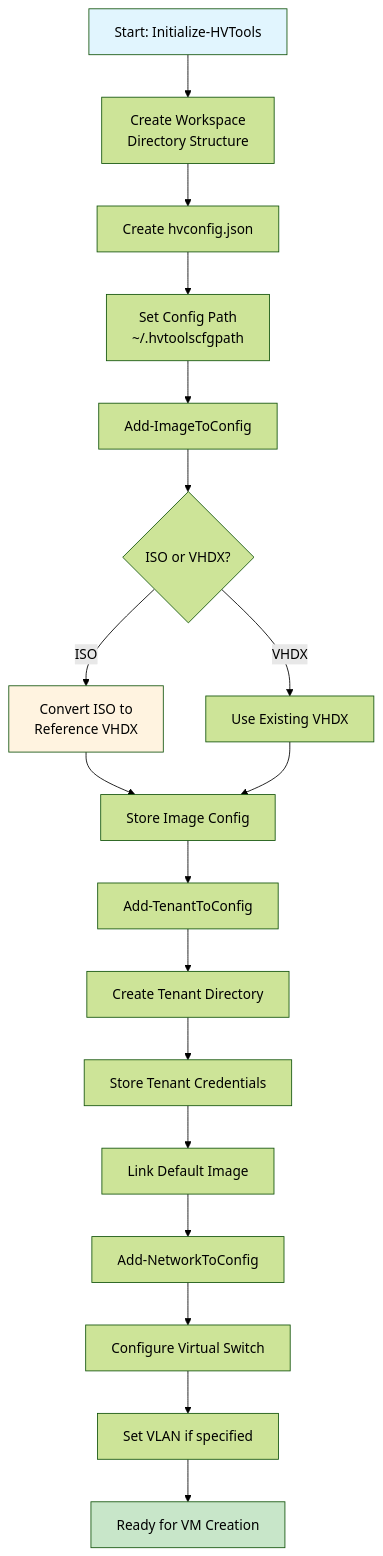
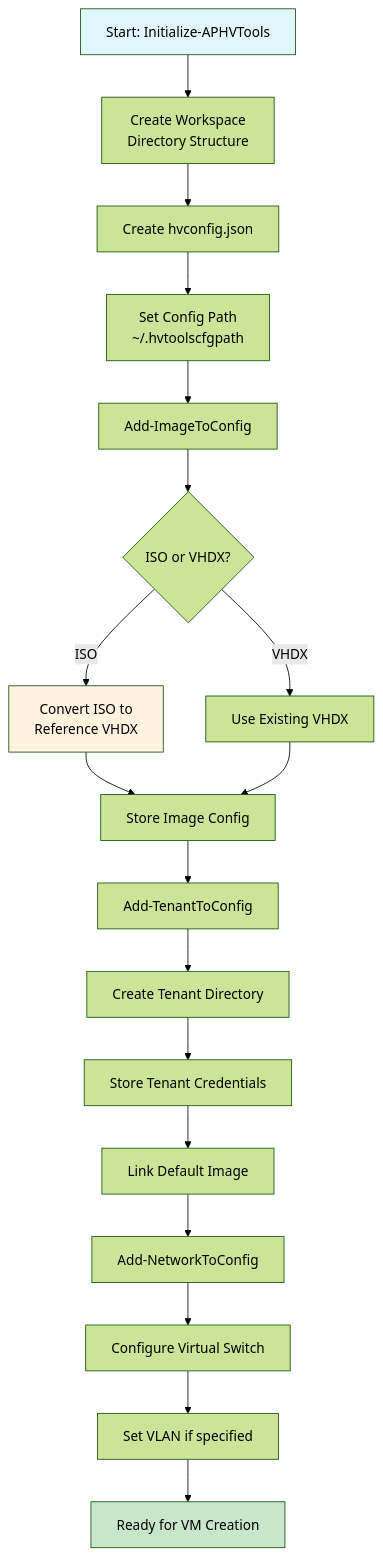
One commit to adamgell/APHVTools changed the third of 4 diagrams in README.md. Above: the diagram before and after it, drawn with Mermaid (forest theme). The commit also changed other lines of this file and 7 other files, not shown here.

````diff
--- a/README.md
+++ b/README.md
@@ -104,28 +104,28 @@
 ```mermaid
 flowchart TD
-    A[Start: Initialize-HVTools] --> B[Create Workspace<br/>Directory Structure]
+    A[Start: Initialize-APHVTools] --> B[Create Workspace<br/>Directory Structure]
     B --> C[Create hvconfig.json]
     C --> D[Set Config Path<br/>~/.hvtoolscfgpath]
-    
+
     D --> E[Add-ImageToConfig]
     E --> F{ISO or VHDX?}
     F -->|ISO| G[Convert ISO to<br/>Reference VHDX]
     F -->|VHDX| H[Use Existing VHDX]
     G --> I[Store Image Config]
     H --> I
-    
+
     I --> J[Add-TenantToConfig]
     J --> K[Create Tenant Directory]
     K --> L[Store Tenant Credentials]
     L --> M[Link Default Image]
-    
+
     M --> N[Add-NetworkToConfig]
     N --> O[Configure Virtual Switch]
     O --> P[Set VLAN if specified]
-    
+
     P --> Q[Ready for VM Creation]
-    
+
     style A fill:#e1f5fe
     style Q fill:#c8e6c9
     style G fill:#fff3e0
 ```
````
